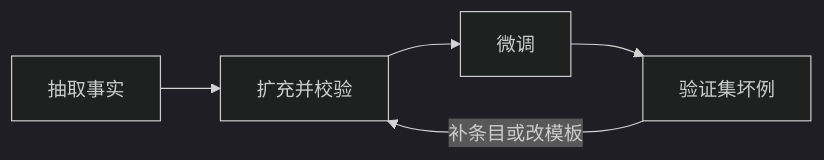
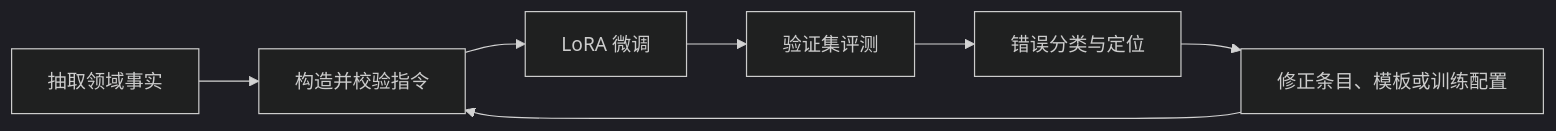
Before and after one commit to lalalala-agent/lalalala-agent.github.io: the second of 2 diagrams in 笔记/LLM训练/LoRA微调.md, drawn with Mermaid (dark theme). The commit also changed other lines of this file and 213 other files, not shown here.

````diff
--- a/笔记/LLM训练/LoRA微调.md
+++ b/笔记/LLM训练/LoRA微调.md
@@ -63,7 +111,9 @@
 ```mermaid
 flowchart LR
-    Extract["抽取事实"] --> Expand["扩充并校验"]
-    Expand --> Train["微调"]
-    Train --> Bad["验证集坏例"]
-    Bad -->|"补条目或改模板"| Expand
+    Extract["抽取领域事实"] --> Build["构造并校验指令"]
+    Build --> Train["LoRA 微调"]
+    Train --> Eval["验证集评测"]
+    Eval --> Diagnose["错误分类与定位"]
+    Diagnose --> Fix["修正条目、模板或训练配置"]
+    Fix --> Build
 ```
````
